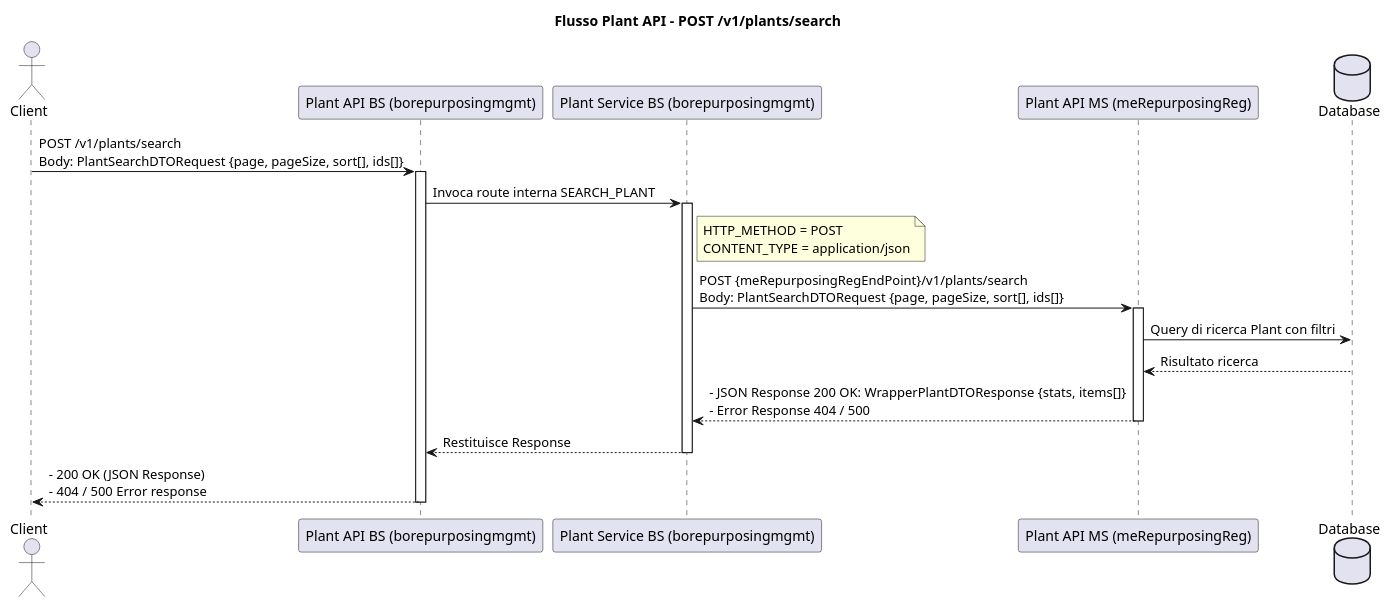
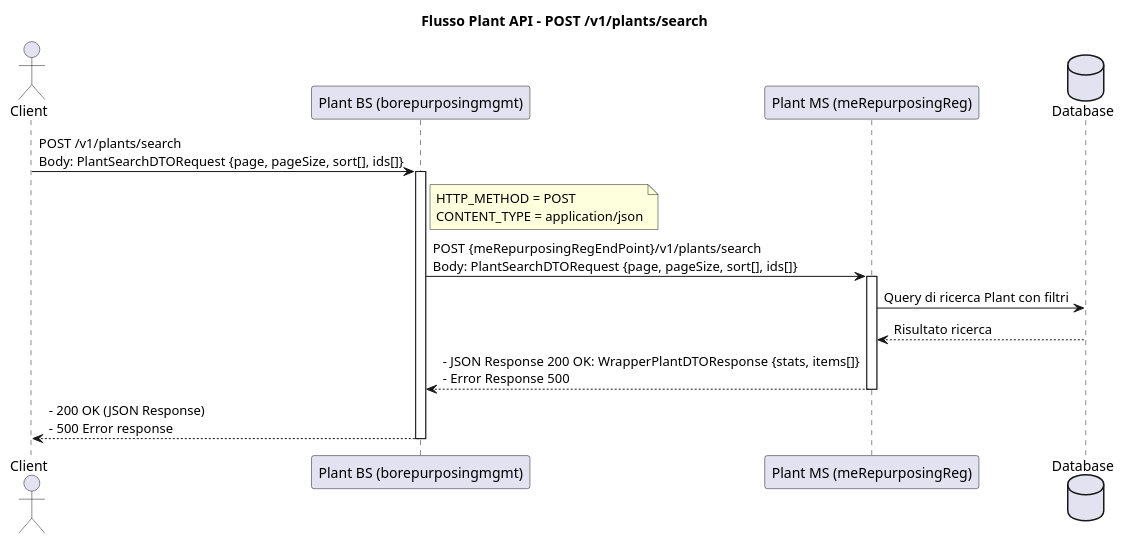
Before and after one commit to Tonio-D-San/MdToOther: the diagram in Documentazione/Plant/snippets/post_v1_plants_search.puml, drawn with PlantUML. The commit also changed 10 other files, not shown here.

Commit message:
refactor: update documentation for Counterpart and Plant APIs to reflect microservice architecture changes

```diff
--- a/Documentazione/Plant/snippets/post_v1_plants_search.puml
+++ b/Documentazione/Plant/snippets/post_v1_plants_search.puml
@@ -1,35 +1,28 @@
 @startuml
 title Flusso Plant API - POST /v1/plants/search
 
 actor Client as C
-participant "Plant API BS (borepurposingmgmt)" as API_BS
-participant "Plant Service BS (borepurposingmgmt)" as Service_BS
-participant "Plant API MS (meRepurposingReg)" as API_MS
+participant "Plant BS (borepurposingmgmt)" as BS
+participant "Plant MS (meRepurposingReg)" as MS
 database "Database" as DB
 
-C -> API_BS : POST /v1/plants/search\nBody: PlantSearchDTORequest {page, pageSize, sort[], ids[]}
-activate API_BS
+C -> BS : POST /v1/plants/search\nBody: PlantSearchDTORequest {page, pageSize, sort[], ids[]}
+activate BS
 
-API_BS -> Service_BS : Invoca route interna SEARCH_PLANT
-activate Service_BS
-
-note right of Service_BS
+note right of BS
 HTTP_METHOD = POST
 CONTENT_TYPE = application/json
 end note
 
-Service_BS -> API_MS : POST {meRepurposingRegEndPoint}/v1/plants/search\nBody: PlantSearchDTORequest {page, pageSize, sort[], ids[]}
-activate API_MS
+BS -> MS : POST {meRepurposingRegEndPoint}/v1/plants/search\nBody: PlantSearchDTORequest {page, pageSize, sort[], ids[]}
+activate MS
 
-API_MS -> DB : Query di ricerca Plant con filtri  
-DB --> API_MS : Risultato ricerca
-API_MS --> Service_BS : - JSON Response 200 OK: WrapperPlantDTOResponse {stats, items[]}\n- Error Response 404 / 500
-deactivate API_MS
+MS -> DB : Query di ricerca Plant con filtri  
+DB --> MS : Risultato ricerca
+MS --> BS : - JSON Response 200 OK: WrapperPlantDTOResponse {stats, items[]}\n- Error Response 500
+deactivate MS
 
-Service_BS --> API_BS : Restituisce Response
-deactivate Service_BS
-
-API_BS --> C : - 200 OK (JSON Response)\n- 404 / 500 Error response
-deactivate API_BS
+BS --> C : - 200 OK (JSON Response)\n- 500 Error response
+deactivate BS
 
 @enduml
```
